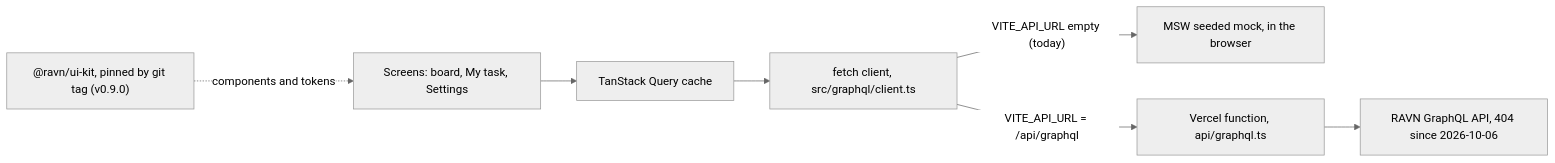
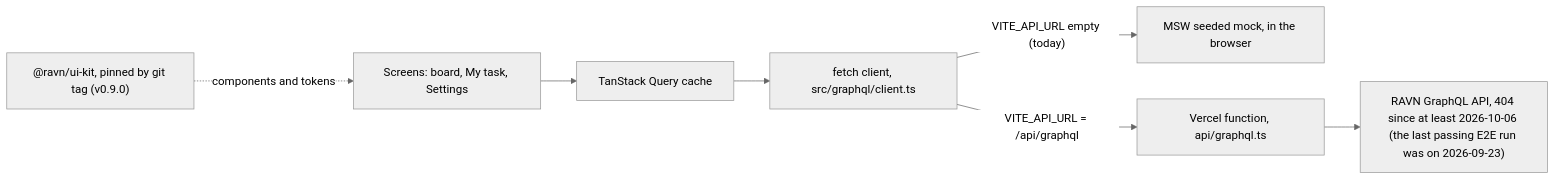
One commit to f3r21/ravn-task-management-challenge changed the diagram in docs/design.md. Above: the diagram before and after it, drawn with Mermaid (neutral theme). The commit also changed other lines of this file and 13 other files, not shown here.

````diff
--- a/docs/design.md
+++ b/docs/design.md
@@ -9,9 +11,9 @@
 ```mermaid
 flowchart LR
   UI["Screens: board, My task, Settings"] --> Q["TanStack Query cache"]
   Q --> C["fetch client, src/graphql/client.ts"]
   C -->|"VITE_API_URL empty (today)"| M["MSW seeded mock, in the browser"]
   C -->|"VITE_API_URL = /api/graphql"| P["Vercel function, api/graphql.ts"]
-  P --> G["RAVN GraphQL API, 404 since 2026-10-06"]
+  P --> G["RAVN GraphQL API, 404 since at least 2026-10-06 (the last passing E2E run was on 2026-09-23)"]
   K["@ravn/ui-kit, pinned by git tag (v0.9.0)"] -.->|"components and tokens"| UI
 ```
````
